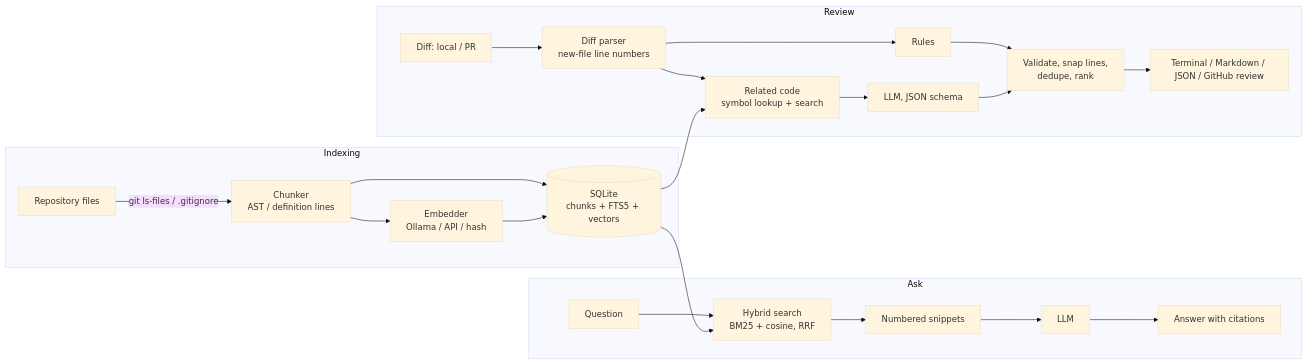
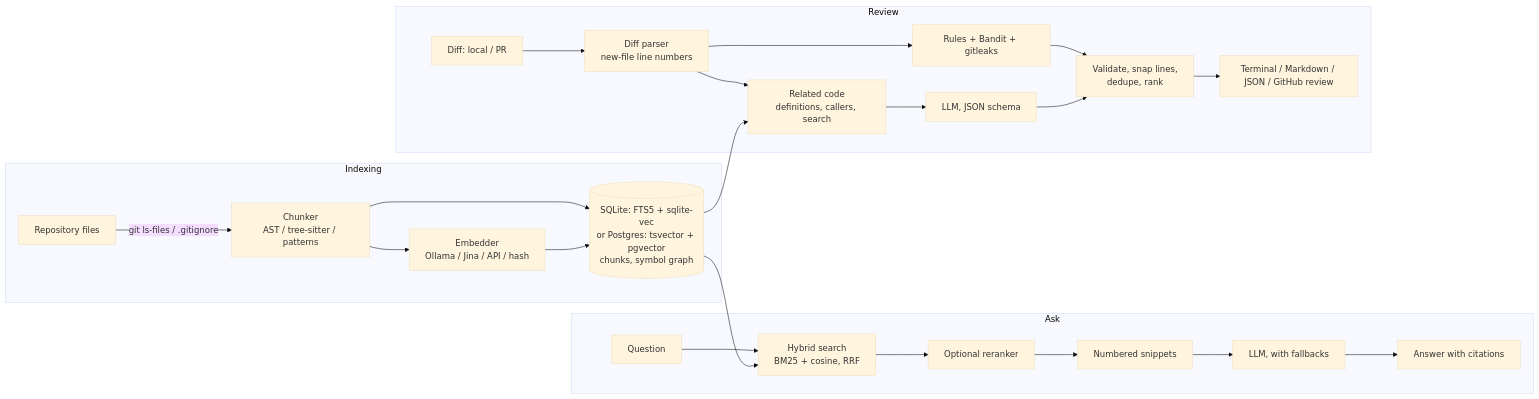
Before and after one commit to justpriyanshu/reposcout: the diagram in README.md, drawn with Mermaid (base theme). The commit also changed other lines of this file and 3 other files, not shown here.

````diff
--- a/README.md
+++ b/README.md
@@ -185,24 +209,24 @@
 ```mermaid
 flowchart LR
     subgraph Indexing
-        A[Repository files] -->|git ls-files / .gitignore| B[Chunker<br/>AST / definition lines]
-        B --> C[Embedder<br/>Ollama / API / hash]
-        B --> D[(SQLite<br/>chunks + FTS5 + vectors)]
+        A[Repository files] -->|git ls-files / .gitignore| B[Chunker<br/>AST / tree-sitter / patterns]
+        B --> C[Embedder<br/>Ollama / Jina / API / hash]
+        B --> D[(SQLite: FTS5 + sqlite-vec<br/>or Postgres: tsvector + pgvector<br/>chunks, symbol graph)]
         C --> D
     end
     subgraph Ask
         Q[Question] --> H[Hybrid search<br/>BM25 + cosine, RRF]
         D --> H
-        H --> P[Numbered snippets] --> L1[LLM] --> R[Answer with citations]
+        H --> RR[Optional reranker] --> P[Numbered snippets] --> L1[LLM, with fallbacks] --> R[Answer with citations]
     end
     subgraph Review
         G[Diff: local / PR] --> PD[Diff parser<br/>new-file line numbers]
-        PD --> RU[Rules]
-        PD --> CX[Related code<br/>symbol lookup + search]
+        PD --> RU[Rules + Bandit + gitleaks]
+        PD --> CX[Related code<br/>definitions, callers, search]
         D --> CX
         CX --> L2[LLM, JSON schema]
         RU --> M[Validate, snap lines,<br/>dedupe, rank]
         L2 --> M
         M --> O[Terminal / Markdown / JSON / GitHub review]
     end
 ```
````
